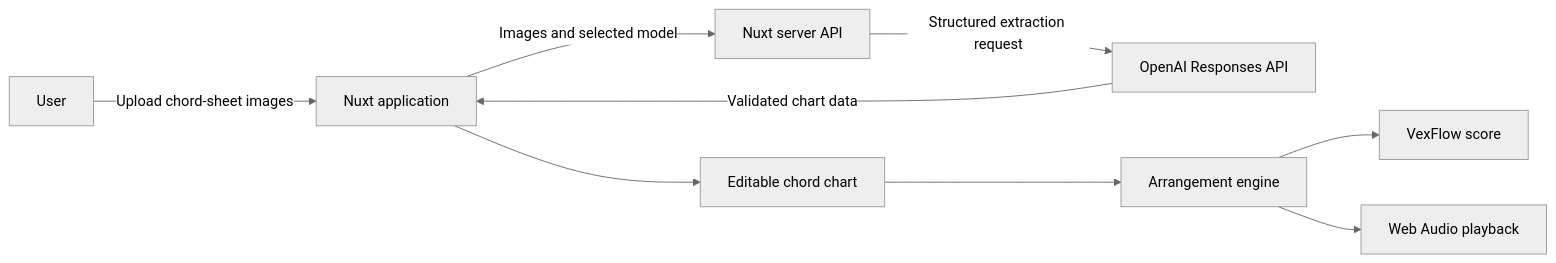
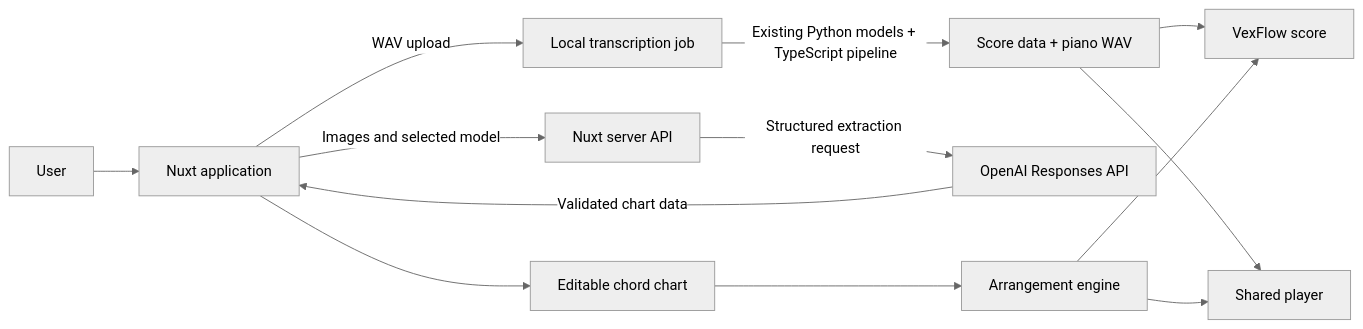
The diagram in README.md (Kuo-Chun-Ting/piano-accompaniment), drawn with Mermaid (neutral theme) before and after one commit. The commit also changed other lines of this file and 29 other files, not shown here.

Commit message:
feat: integrate audio transcription into the studio

````diff
--- a/README.md
+++ b/README.md
@@ -27,11 +28,15 @@
 ```mermaid
 flowchart LR
-    User[User] -->|Upload chord-sheet images| App[Nuxt application]
+    User[User] --> App[Nuxt application]
+    App -->|WAV upload| Job[Local transcription job]
+    Job -->|Existing Python models + TypeScript pipeline| AudioScore[Score data + piano WAV]
+    AudioScore --> Score[VexFlow score]
+    AudioScore --> Playback[Shared player]
     App -->|Images and selected model| API[Nuxt server API]
     API -->|Structured extraction request| OpenAI[OpenAI Responses API]
     OpenAI -->|Validated chart data| App
     App --> Editor[Editable chord chart]
     Editor --> Arrangement[Arrangement engine]
     Arrangement --> Score[VexFlow score]
-    Arrangement --> Playback[Web Audio playback]
+    Arrangement --> Playback
 ```
````
